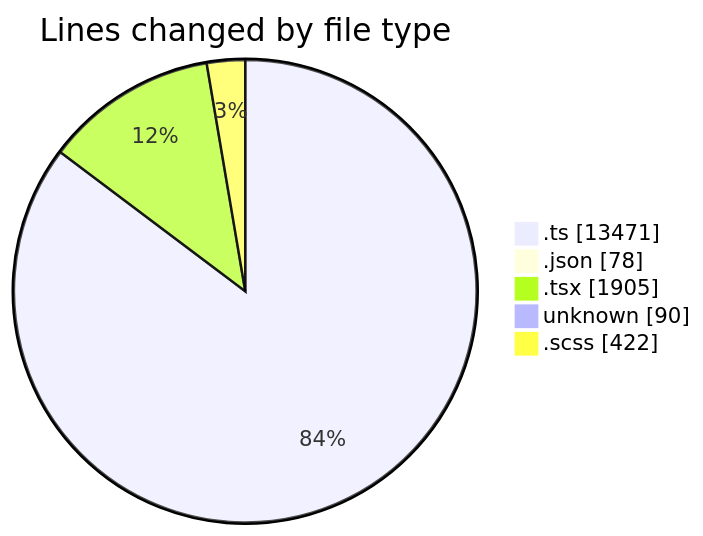
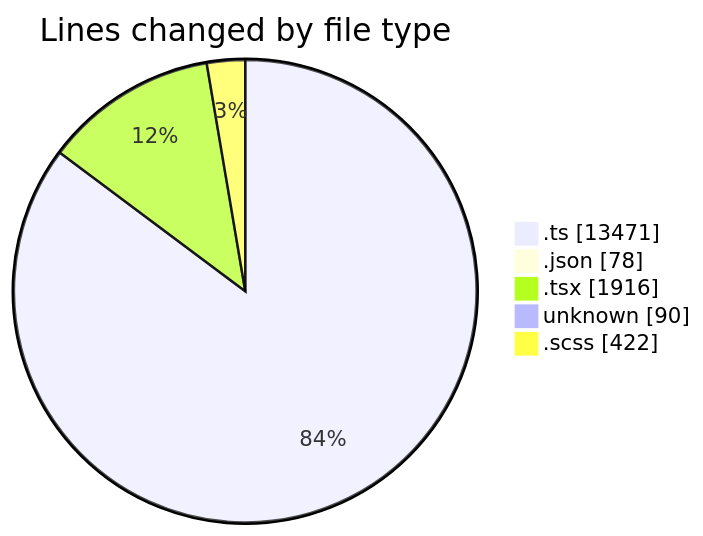
The first of 2 diagrams in 2025-08-29/cda/README.md (momahboobian/code-tracking), drawn with Mermaid before and after one commit. The commit also changed other lines of this file and 1 other file, not shown here.

````diff
--- a/2025-08-29/cda/README.md
+++ b/2025-08-29/cda/README.md
@@ -33,9 +33,9 @@
 ```mermaid
 pie showData
 title Lines changed by file type
 ".ts" : 13471
 ".json" : 78
-".tsx" : 1905
+".tsx" : 1916
 "unknown" : 90
 ".scss" : 422
 ```
````
